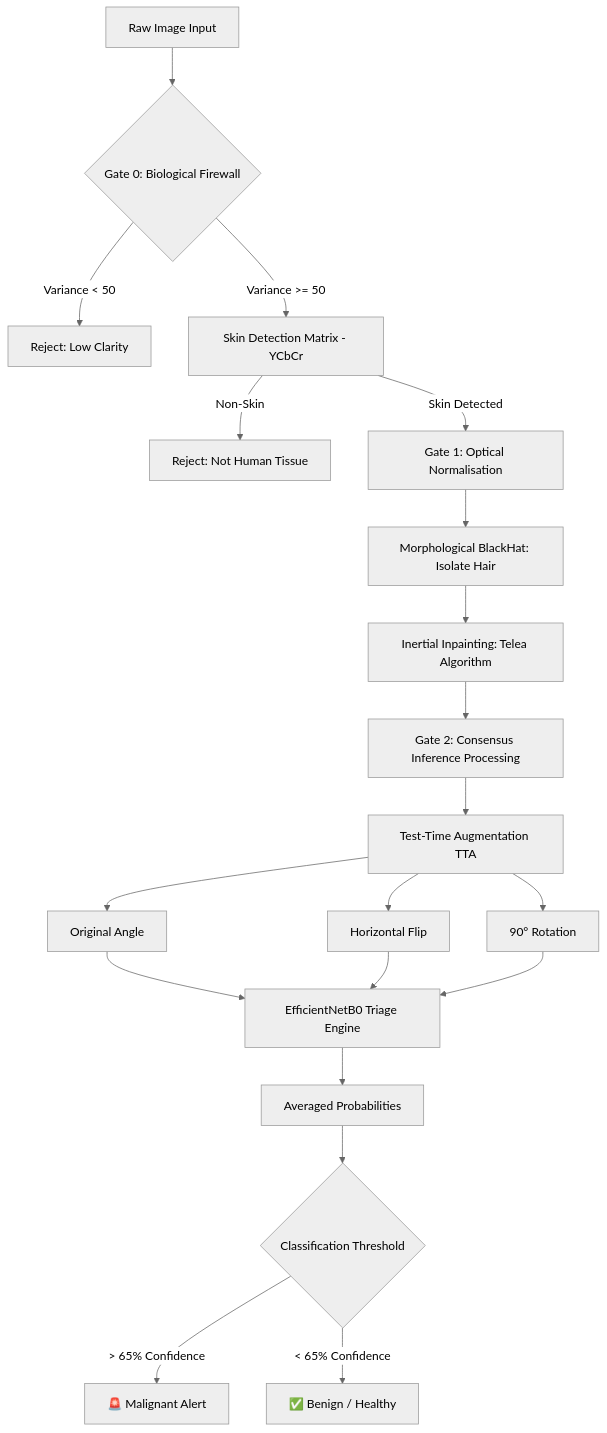
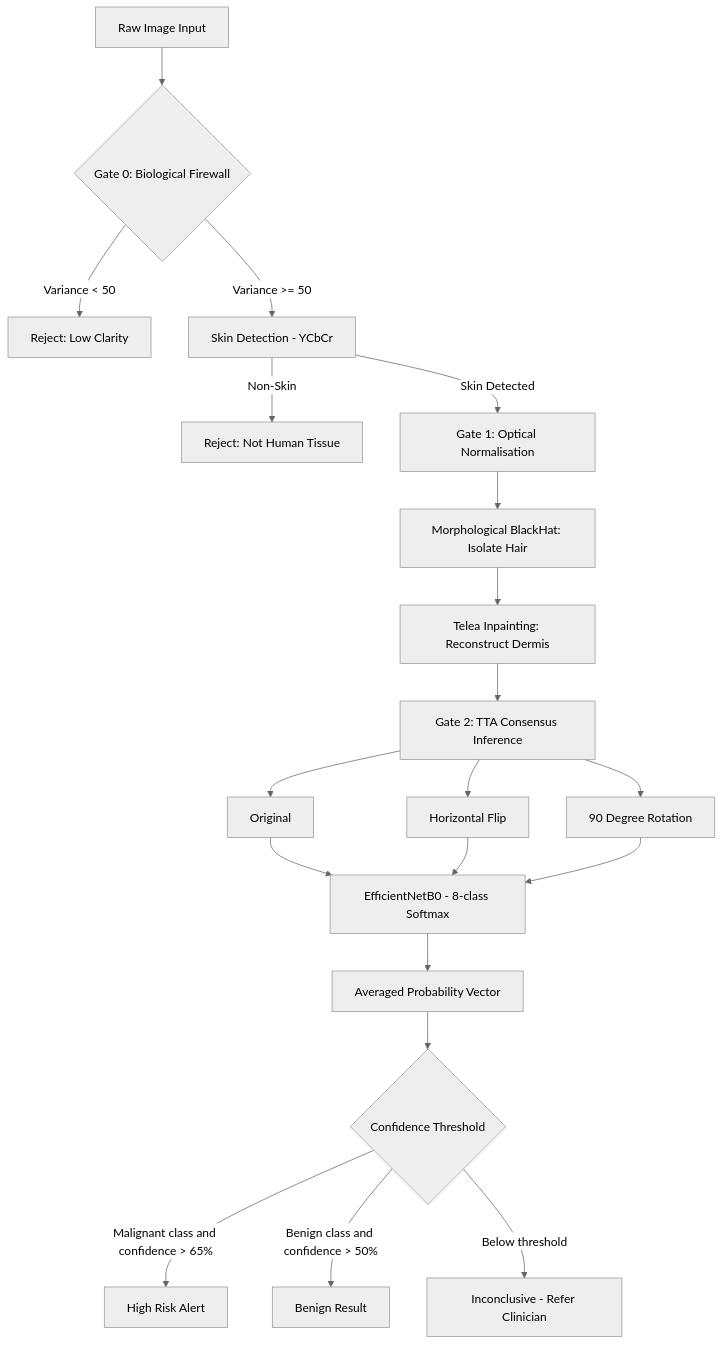
One commit to Slayer2401/Skin_Cancer_Hackathon changed the diagram in README.md. Above: the diagram before and after it, drawn with Mermaid (neutral theme). The commit also changed other lines of this file, not shown here.

````diff
--- a/README.md
+++ b/README.md
@@ -38,27 +49,26 @@
 ```mermaid
 flowchart TD
     Raw[Raw Image Input] --> Gate0{Gate 0: Biological Firewall}
     Gate0 -->|Variance < 50| Reject1[Reject: Low Clarity]
-    Gate0 -->|Variance >= 50| CheckSkin[Skin Detection Matrix - YCbCr]
+    Gate0 -->|Variance >= 50| CheckSkin[Skin Detection - YCbCr]
     CheckSkin -->|Non-Skin| Reject2[Reject: Not Human Tissue]
     CheckSkin -->|Skin Detected| Gate1[Gate 1: Optical Normalisation]
-    
+
     Gate1 --> BlackHat[Morphological BlackHat: Isolate Hair]
-    BlackHat --> Inpaint[Inertial Inpainting: Telea Algorithm]
-    
-    Inpaint --> Gate2[Gate 2: Consensus Inference Processing]
-    Gate2 --> TTA[Test-Time Augmentation TTA]
-    
-    TTA --> TTA1[Original Angle]
-    TTA --> TTA2[Horizontal Flip]
-    TTA --> TTA3[90° Rotation]
-    
-    TTA1 --> Model[EfficientNetB0 Triage Engine]
+    BlackHat --> Inpaint[Telea Inpainting: Reconstruct Dermis]
+
+    Inpaint --> Gate2[Gate 2: TTA Consensus Inference]
+    Gate2 --> TTA1[Original]
+    Gate2 --> TTA2[Horizontal Flip]
+    Gate2 --> TTA3[90 Degree Rotation]
+
+    TTA1 --> Model[EfficientNetB0 - 8-class Softmax]
     TTA2 --> Model
     TTA3 --> Model
-    
-    Model --> Prob[Averaged Probabilities]
-    Prob --> Classify{Classification Threshold}
-    Classify -->|> 65% Confidence| Malignant[🚨 Malignant Alert]
-    Classify -->|< 65% Confidence| Benign[✅ Benign / Healthy]
+
+    Model --> Prob[Averaged Probability Vector]
+    Prob --> Classify{Confidence Threshold}
+    Classify -->|Malignant class and confidence > 65%| Alert[High Risk Alert]
+    Classify -->|Benign class and confidence > 50%| Clear[Benign Result]
+    Classify -->|Below threshold| Inconclusive[Inconclusive - Refer Clinician]
 ```
````
